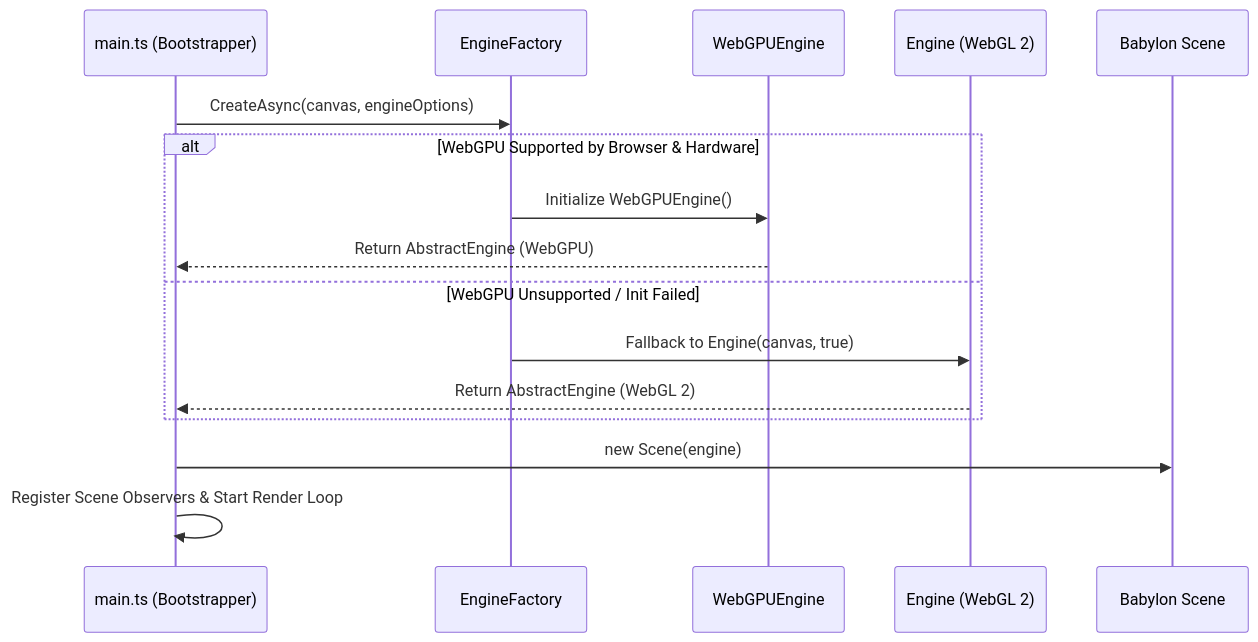
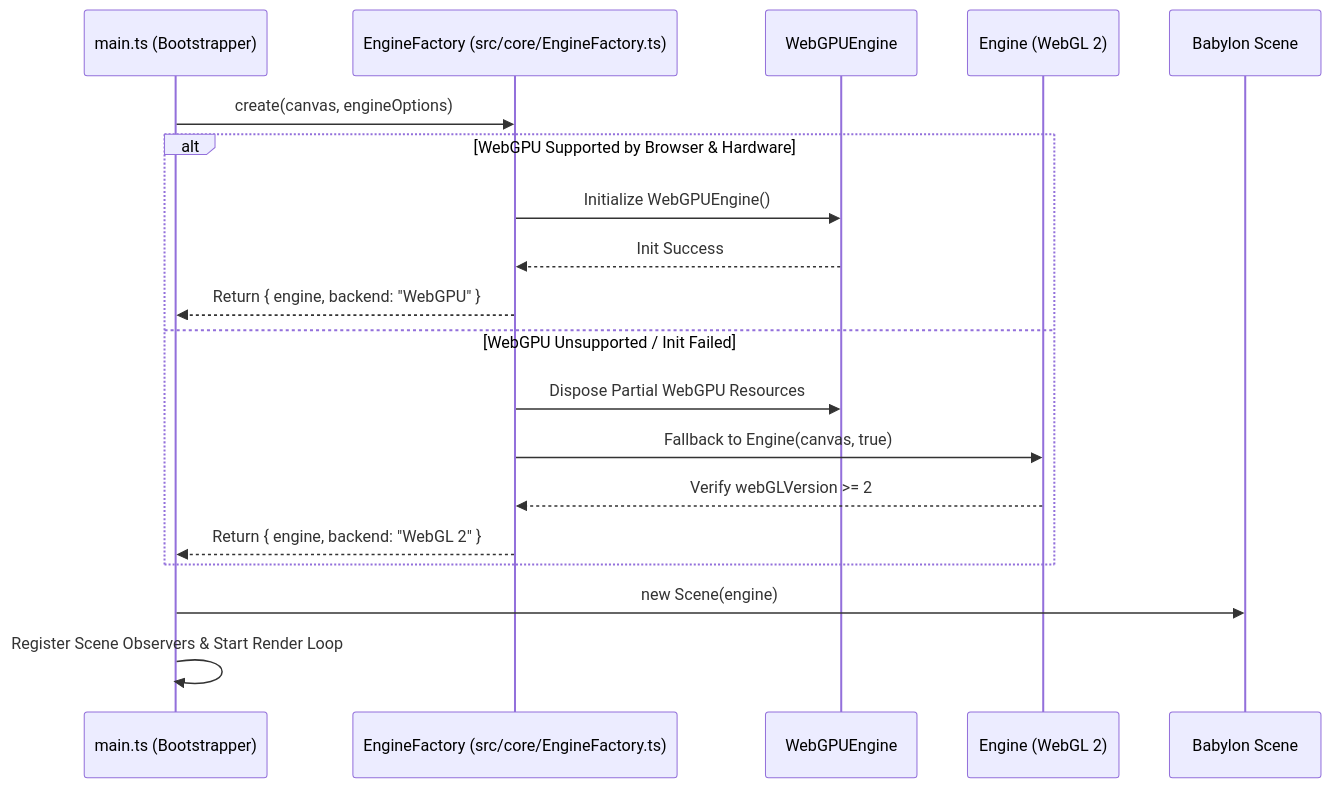
The second of 5 diagrams in docs/ARCHITECTURE.md (chandanbag1999/vice-city), drawn with Mermaid before and after one commit. The commit also changed other lines of this file and 10 other files, not shown here.

````diff
--- a/docs/ARCHITECTURE.md
+++ b/docs/ARCHITECTURE.md
@@ -69,19 +69,22 @@
 ```mermaid
 sequenceDiagram
     participant App as main.ts (Bootstrapper)
-    participant Factory as EngineFactory
+    participant Factory as EngineFactory (src/core/EngineFactory.ts)
     participant GPU as WebGPUEngine
     participant GL as Engine (WebGL 2)
     participant Scene as Babylon Scene
 
-    App->>Factory: CreateAsync(canvas, engineOptions)
+    App->>Factory: create(canvas, engineOptions)
     alt WebGPU Supported by Browser & Hardware
         Factory->>GPU: Initialize WebGPUEngine()
-        GPU-->>App: Return AbstractEngine (WebGPU)
+        GPU-->>Factory: Init Success
+        Factory-->>App: Return { engine, backend: "WebGPU" }
     else WebGPU Unsupported / Init Failed
+        Factory->>GPU: Dispose Partial WebGPU Resources
         Factory->>GL: Fallback to Engine(canvas, true)
-        GL-->>App: Return AbstractEngine (WebGL 2)
+        GL-->>Factory: Verify webGLVersion >= 2
+        Factory-->>App: Return { engine, backend: "WebGL 2" }
     end
     App->>Scene: new Scene(engine)
     App->>App: Register Scene Observers & Start Render Loop
 ```
````
